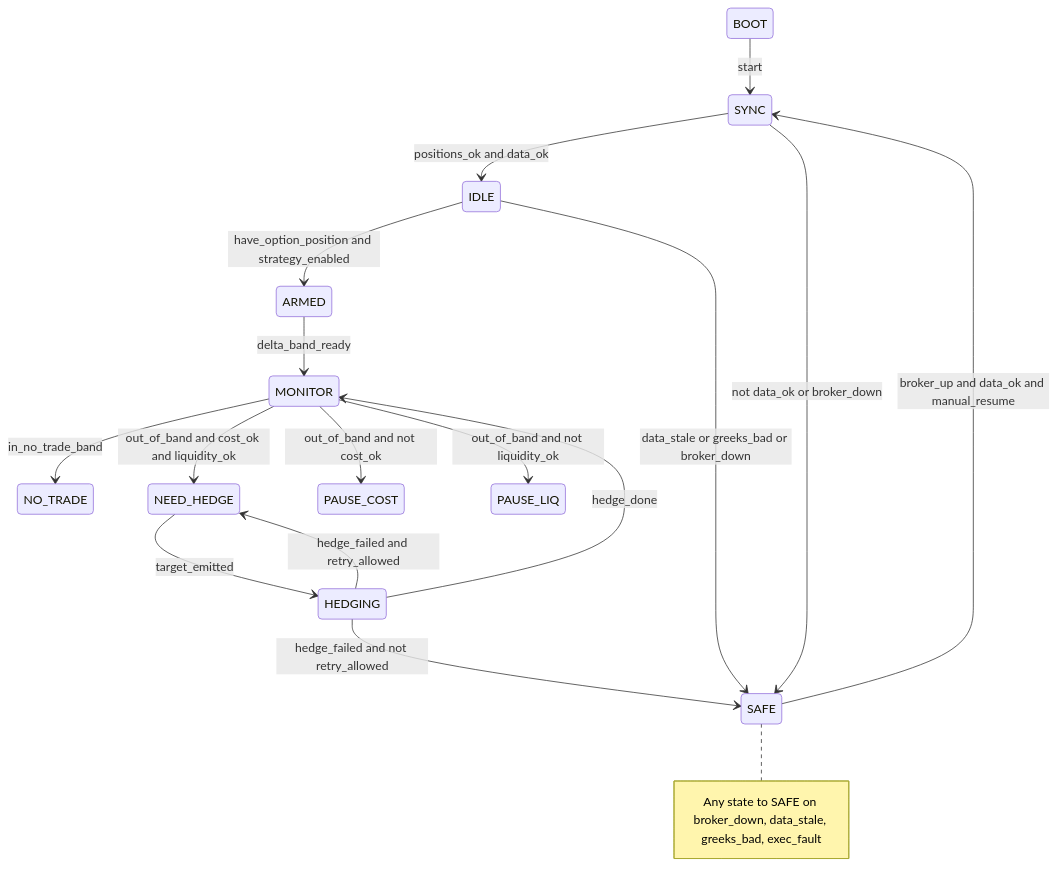
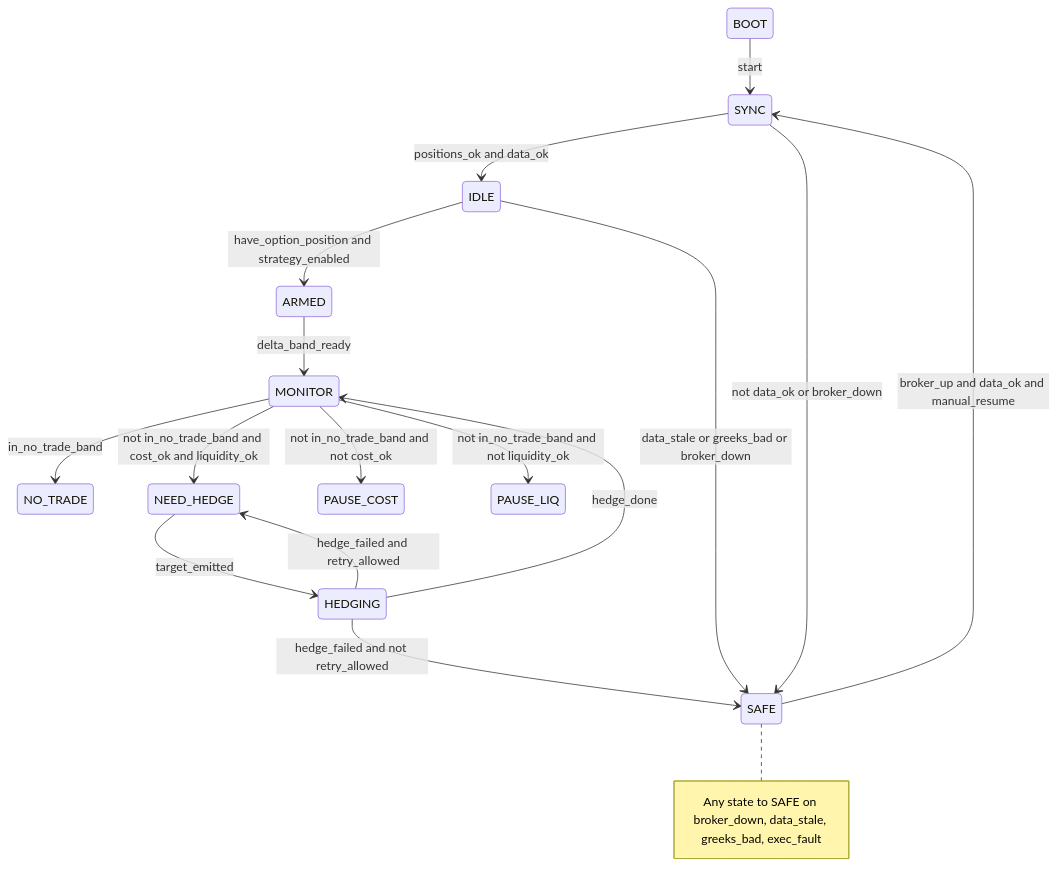
Before and after one commit to weitingzhao/bifrost-trader-engine: the third of 4 diagrams in docs/STATE_SPACE_MAPPING.md, drawn with Mermaid. The commit also changed other lines of this file and 6 other files, not shown here.

First line of the commit message:
refactor: remove out_of_band, use in_no_trade_band only

````diff
--- a/docs/STATE_SPACE_MAPPING.md
+++ b/docs/STATE_SPACE_MAPPING.md
@@ -115,19 +115,19 @@
 ```mermaid
 stateDiagram-v2
   BOOT --> SYNC: start
   SYNC --> IDLE: positions_ok and data_ok
   SYNC --> SAFE: not data_ok or broker_down
   IDLE --> ARMED: have_option_position and strategy_enabled
   IDLE --> SAFE: data_stale or greeks_bad or broker_down
   ARMED --> MONITOR: delta_band_ready
   MONITOR --> NO_TRADE: in_no_trade_band
-  MONITOR --> NEED_HEDGE: out_of_band and cost_ok and liquidity_ok
-  MONITOR --> PAUSE_COST: out_of_band and not cost_ok
-  MONITOR --> PAUSE_LIQ: out_of_band and not liquidity_ok
+  MONITOR --> NEED_HEDGE: not in_no_trade_band and cost_ok and liquidity_ok
+  MONITOR --> PAUSE_COST: not in_no_trade_band and not cost_ok
+  MONITOR --> PAUSE_LIQ: not in_no_trade_band and not liquidity_ok
   NEED_HEDGE --> HEDGING: target_emitted
   HEDGING --> MONITOR: hedge_done
   HEDGING --> NEED_HEDGE: hedge_failed and retry_allowed
   HEDGING --> SAFE: hedge_failed and not retry_allowed
   SAFE --> SYNC: broker_up and data_ok and manual_resume
   note right of SAFE: Any state to SAFE on broker_down, data_stale, greeks_bad, exec_fault
 ```
````
